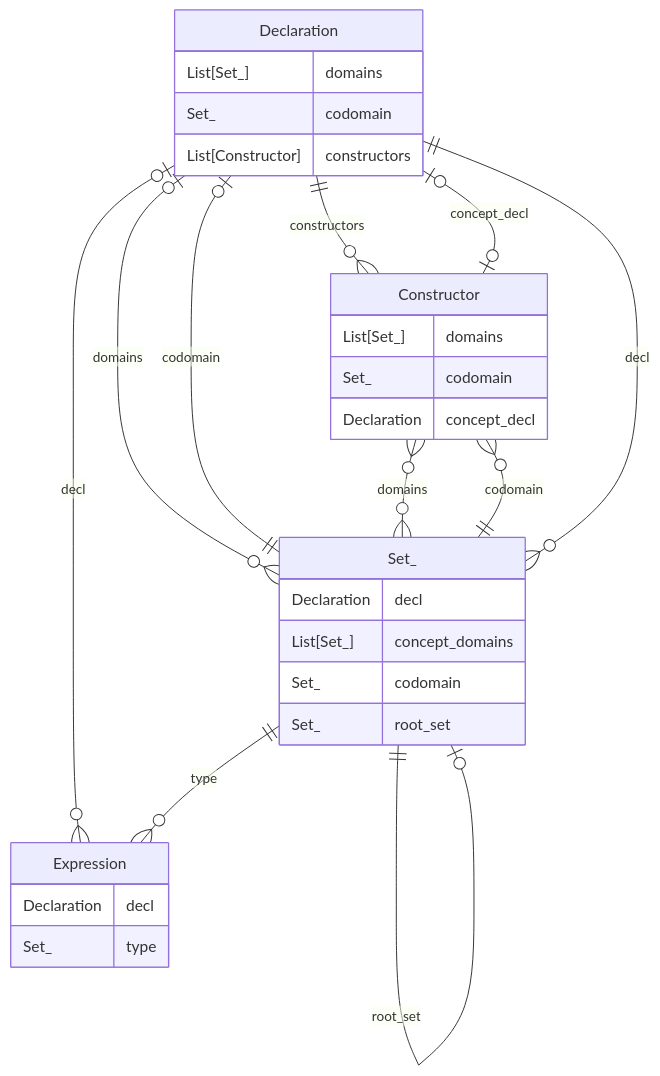
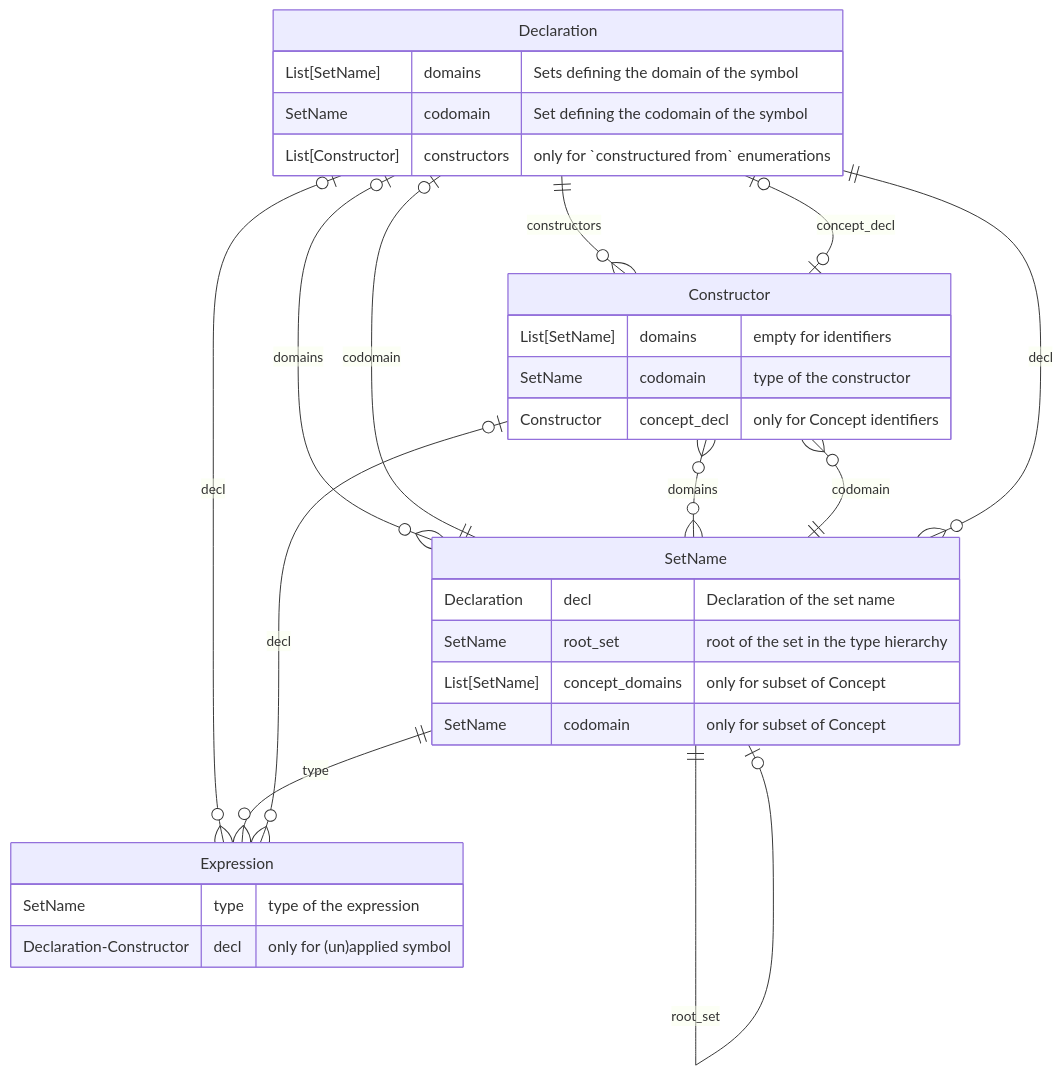
The diagram in idp_engine/Diagrams.md (Sobhangh/IDP-Z3), drawn with Mermaid before and after one commit. The commit also changed 9 other files, not shown here.

Commit message:
Set_ -> SetName

````diff
--- a/idp_engine/Diagrams.md
+++ b/idp_engine/Diagrams.md
@@ -8,36 +8,37 @@
 ```mermaid
 erDiagram
-    Declaration |o--o{ Set_ : domains
-    Declaration |o--|| Set_: codomain
+    Declaration |o--o{ SetName : domains
+    Declaration |o--|| SetName: codomain
     Declaration |o--o{ Expression: decl
-    Set_ }o--|| Declaration: decl
-    Set_ |o--o{ Set_: concept_domains
-    Set_ |o--o| Set_: codomain
-    Set_ ||--o{ Expression: type
-    Set_ ||--o| Set_: root_set
-    Constructor }o--o{ Set_ : domains
-    Constructor }o--|| Set_ : codomain
+    SetName }o--|| Declaration: decl
+    SetName |o--o{ SetName: concept_domains
+    SetName |o--o| SetName: codomain
+    SetName ||--o{ Expression: type
+    SetName ||--o| SetName: root_set
+    Constructor }o--o{ SetName : domains
+    Constructor }o--|| SetName : codomain
     Constructor |o--o| Declaration: concept_decl
+    Constructor |o--o{ Expression: decl
     Declaration ||--o{ Constructor: constructors
 
     Declaration {
-        List[Set_] domains
-        Set_ codomain
-        List[Constructor] constructors
+        List[SetName] domains "Sets defining the domain of the symbol"
+        SetName codomain "Set defining the codomain of the symbol"
+        List[Constructor] constructors "only for `constructured from` enumerations"
     }
-    Set_ {
-        Declaration decl
-        List[Set_] concept_domains
-        Set_ codomain
-        Set_ root_set
+    SetName {
+        Declaration decl "Declaration of the set name"
+        SetName root_set "root of the set in the type hierarchy"
+        List[SetName] concept_domains "only for subset of Concept"
+        SetName codomain "only for subset of Concept"
     }
     Expression {
-        Declaration decl
-        Set_ type
+        SetName type "type of the expression"
+        Declaration-Constructor decl "only for (un)applied symbol"
     }
     Constructor {
-        List[Set_] domains
-        Set_ codomain
-        Declaration concept_decl
+        List[SetName] domains "empty for identifiers"
+        SetName codomain  "type of the constructor"
+        Constructor concept_decl "only for Concept identifiers"
     }
 ```
````
